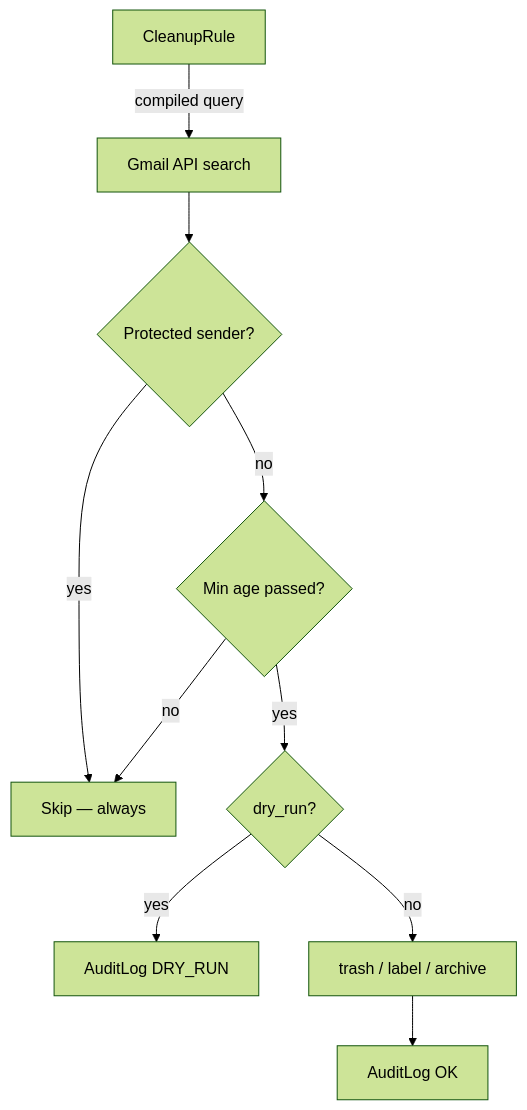
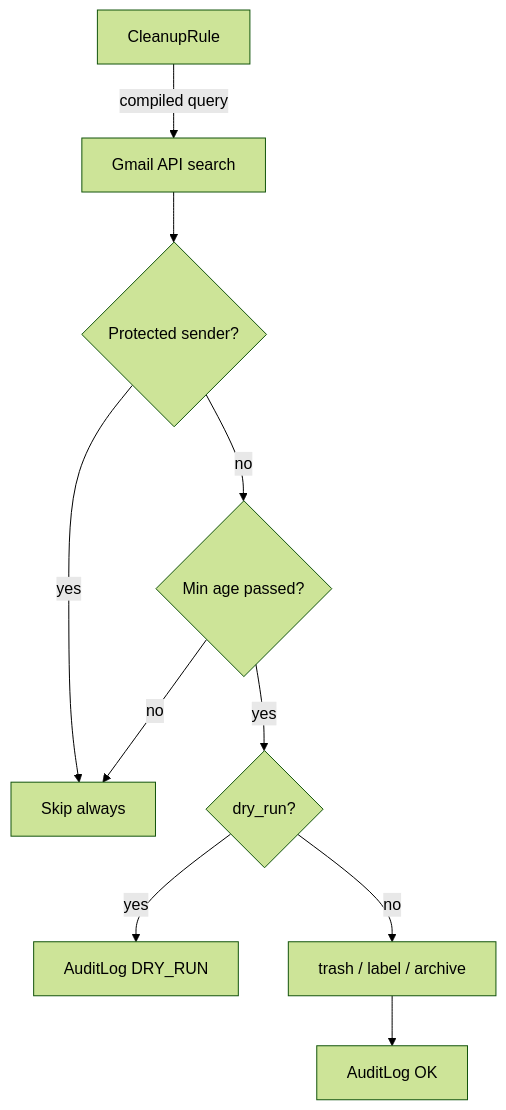
Before and after one commit to devadalberto/backdeezup: the fourth of 4 diagrams in README.md, drawn with Mermaid (forest theme). The commit also changed other lines of this file, not shown here.

````diff
--- a/README.md
+++ b/README.md
@@ -61,12 +65,12 @@
 ```mermaid
 flowchart TD
     R[CleanupRule] -->|compiled query| Q[Gmail API search]
     Q --> PS{Protected sender?}
-    PS -->|yes| SKIP[Skip — always]
+    PS -->|yes| SKIP[Skip always]
     PS -->|no| AGE{Min age passed?}
     AGE -->|no| SKIP
     AGE -->|yes| DRY{dry_run?}
     DRY -->|yes| LOG[AuditLog DRY_RUN]
     DRY -->|no| ACT[trash / label / archive]
     ACT --> LOG2[AuditLog OK]
 ```
````
